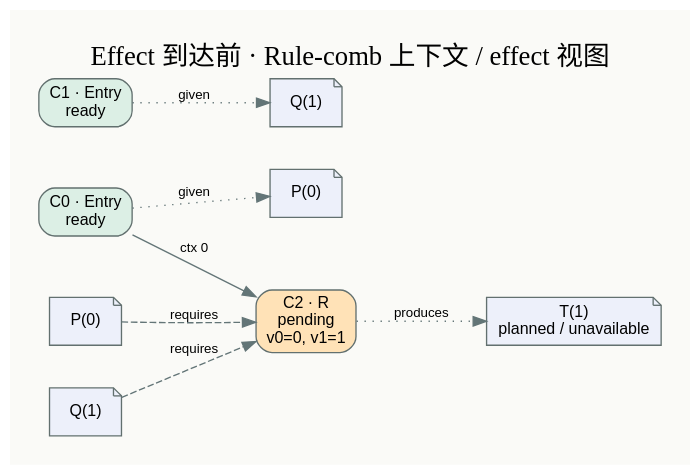
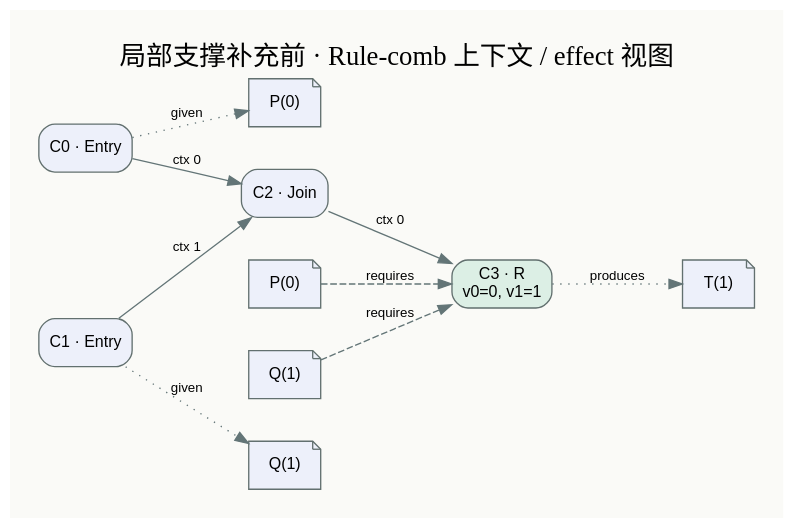
One commit to MilkBlock/fractal_egraph changed the diagram in experiments/tier1_effects/before.dot. Above: the diagram before and after it, drawn with Graphviz. The commit also changed 32 other files, not shown here.

```diff
--- a/experiments/tier1_effects/before.dot
+++ b/experiments/tier1_effects/before.dot
@@ -1,20 +1,23 @@
 digraph G {
 graph [rankdir=LR,bgcolor="#fafaf7",pad=0.3,nodesep=0.45,ranksep=0.8];
 node [fontname="Arial",fontsize=12,shape=box,style="rounded,filled",color="#62706f"];
 edge [fontname="Arial",fontsize=10,color="#637577"];
-label="Effect 到达前 · Rule-comb 上下文 / effect 视图";labelloc=t;fontsize=20;
-c0 [label="C0 · Entry\nready",fillcolor="#dcefe5"];
+label="局部支撑补充前 · Rule-comb 上下文 / effect 视图";labelloc=t;fontsize=20;
+c0 [label="C0 · Entry",fillcolor="#edf0fa"];
 e0_given_0 [label="P(0)",shape=note,fillcolor="#edf0fa"];
 c0 -> e0_given_0 [style=dotted,label="given"];
-c1 [label="C1 · Entry\nready",fillcolor="#dcefe5"];
+c1 [label="C1 · Entry",fillcolor="#edf0fa"];
 e1_given_0 [label="Q(1)",shape=note,fillcolor="#edf0fa"];
 c1 -> e1_given_0 [style=dotted,label="given"];
-c2 [label="C2 · R\npending\nv0=0, v1=1",fillcolor="#ffe2b7"];
+c2 [label="C2 · Join",fillcolor="#edf0fa"];
 c0 -> c2 [label="ctx 0"];
-e2_requires_0 [label="P(0)",shape=note,fillcolor="#edf0fa"];
-e2_requires_0 -> c2 [style=dashed,label="requires"];
-e2_requires_1 [label="Q(1)",shape=note,fillcolor="#edf0fa"];
-e2_requires_1 -> c2 [style=dashed,label="requires"];
-e2_produces_0 [label="T(1)\nplanned / unavailable",shape=note,fillcolor="#edf0fa"];
-c2 -> e2_produces_0 [style=dotted,label="produces"];
+c1 -> c2 [label="ctx 1"];
+c3 [label="C3 · R\nv0=0, v1=1",fillcolor="#dcefe5"];
+c2 -> c3 [label="ctx 0"];
+e3_requires_0 [label="P(0)",shape=note,fillcolor="#edf0fa"];
+e3_requires_0 -> c3 [style=dashed,label="requires"];
+e3_requires_1 [label="Q(1)",shape=note,fillcolor="#edf0fa"];
+e3_requires_1 -> c3 [style=dashed,label="requires"];
+e3_produces_0 [label="T(1)",shape=note,fillcolor="#edf0fa"];
+c3 -> e3_produces_0 [style=dotted,label="produces"];
 }
```
